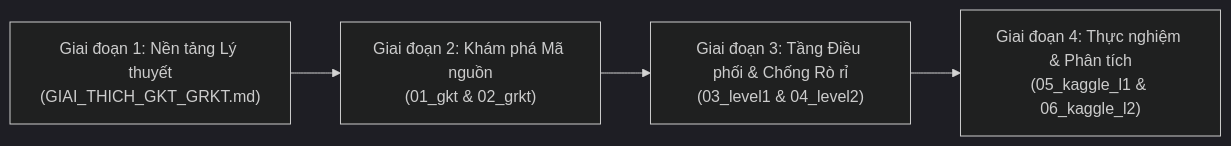
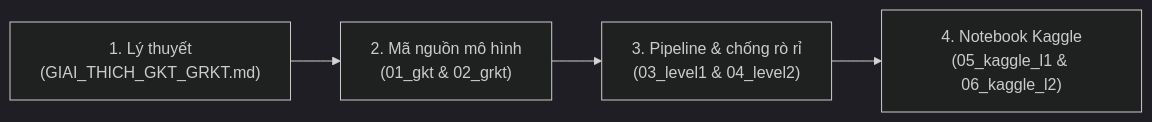
One commit to linhnnh688/Knowledge-Tracing changed the diagram in docs/README.md. Above: the diagram before and after it, drawn with Mermaid (dark theme). The commit also changed other lines of this file and 61 other files, not shown here.

````diff
--- a/docs/README.md
+++ b/docs/README.md
@@ -11,6 +8,6 @@
 ```mermaid
 flowchart LR
-    A["Giai đoạn 1: Nền tảng Lý thuyết<br/>(GIAI_THICH_GKT_GRKT.md)"] --> B["Giai đoạn 2: Khám phá Mã nguồn<br/>(01_gkt & 02_grkt)"]
-    B --> C["Giai đoạn 3: Tầng Điều phối & Chống Rò rỉ<br/>(03_level1 & 04_level2)"]
-    C --> D["Giai đoạn 4: Thực nghiệm & Phân tích<br/>(05_kaggle_l1 & 06_kaggle_l2)"]
+    A["1. Lý thuyết<br/>(GIAI_THICH_GKT_GRKT.md)"] --> B["2. Mã nguồn mô hình<br/>(01_gkt & 02_grkt)"]
+    B --> C["3. Pipeline & chống rò rỉ<br/>(03_level1 & 04_level2)"]
+    C --> D["4. Notebook Kaggle<br/>(05_kaggle_l1 & 06_kaggle_l2)"]
 ```
````
